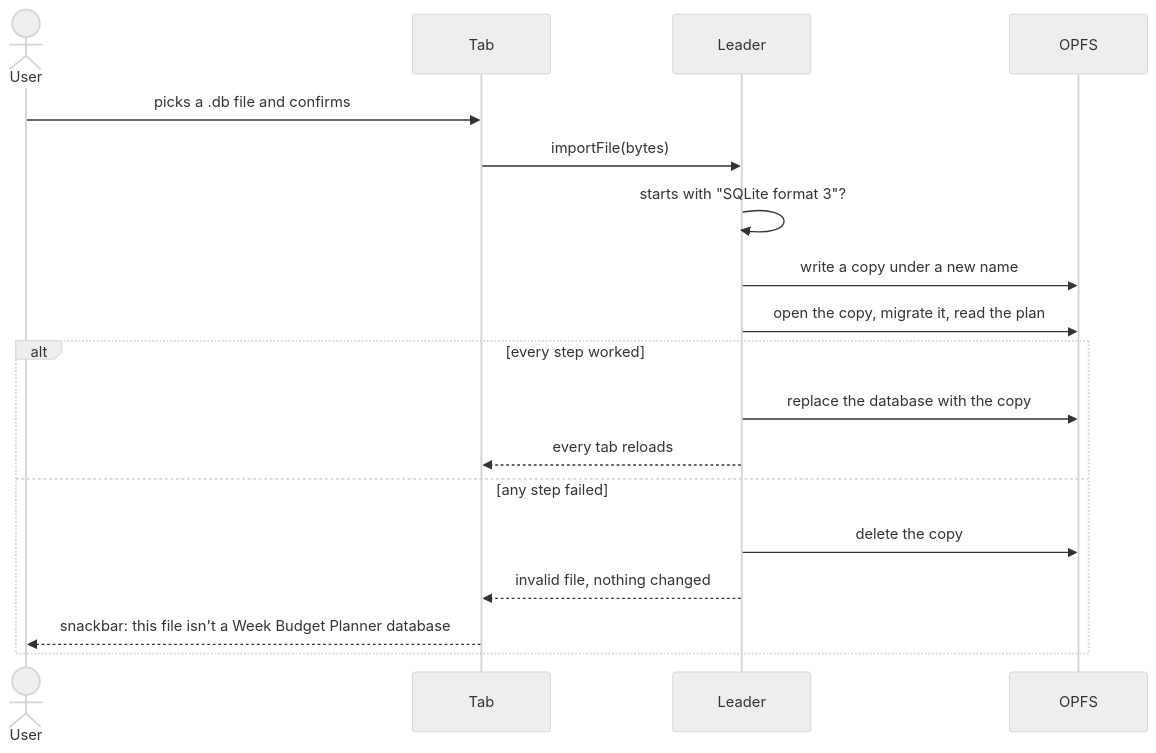
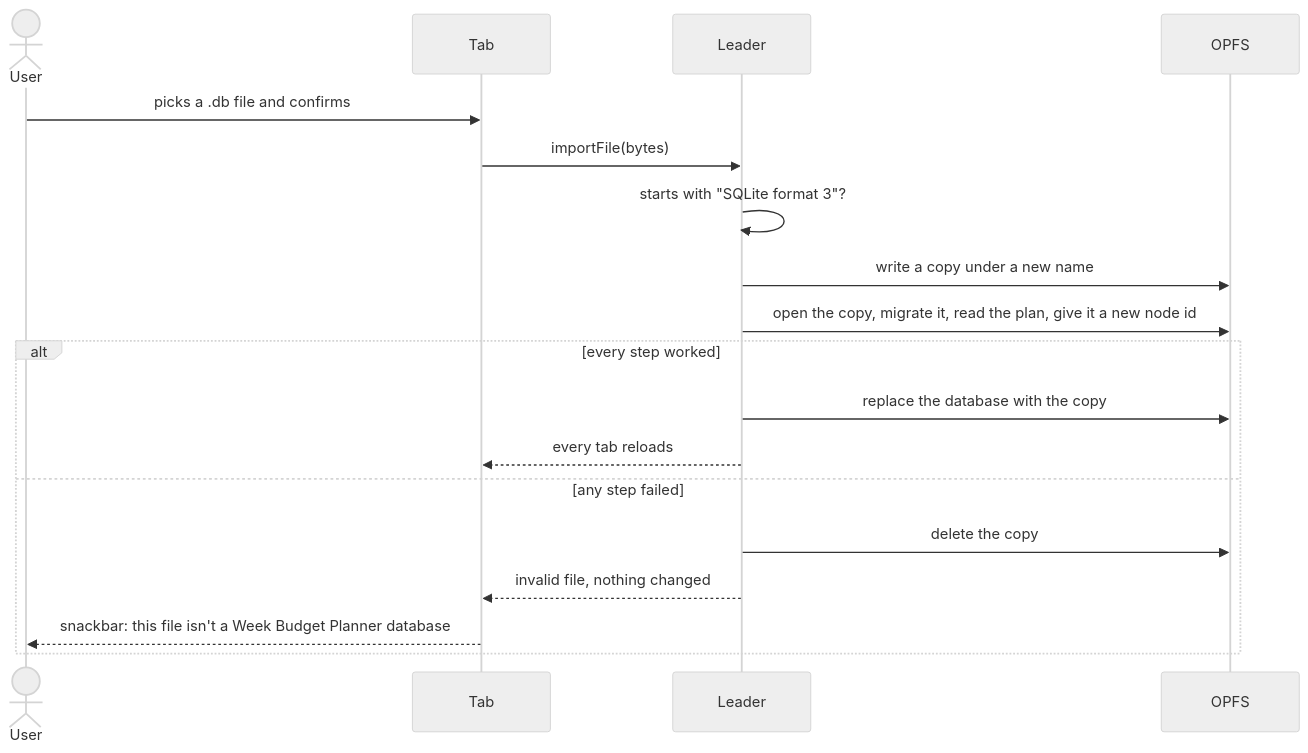
The third of 7 diagrams in docs/spec/persistence.md (SantaClaas/week-budget-planner), drawn with Mermaid (neutral theme) before and after one commit. The commit also changed other lines of this file and 13 other files, not shown here.

First line of the commit message:
Give the example week new ids, and an imported database a new node

````diff
--- a/docs/spec/persistence.md
+++ b/docs/spec/persistence.md
@@ -120,20 +120,20 @@
 ```mermaid
 sequenceDiagram
   actor User
   participant Tab
   participant Leader
   participant OPFS
   User->>Tab: picks a .db file and confirms
   Tab->>Leader: importFile(bytes)
   Leader->>Leader: starts with "SQLite format 3"?
   Leader->>OPFS: write a copy under a new name
-  Leader->>OPFS: open the copy, migrate it, read the plan
+  Leader->>OPFS: open the copy, migrate it, read the plan, give it a new node id
   alt every step worked
     Leader->>OPFS: replace the database with the copy
     Leader-->>Tab: every tab reloads
   else any step failed
     Leader->>OPFS: delete the copy
     Leader-->>Tab: invalid file, nothing changed
     Tab-->>User: snackbar: this file isn't a Week Budget Planner database
   end
 ```
````
